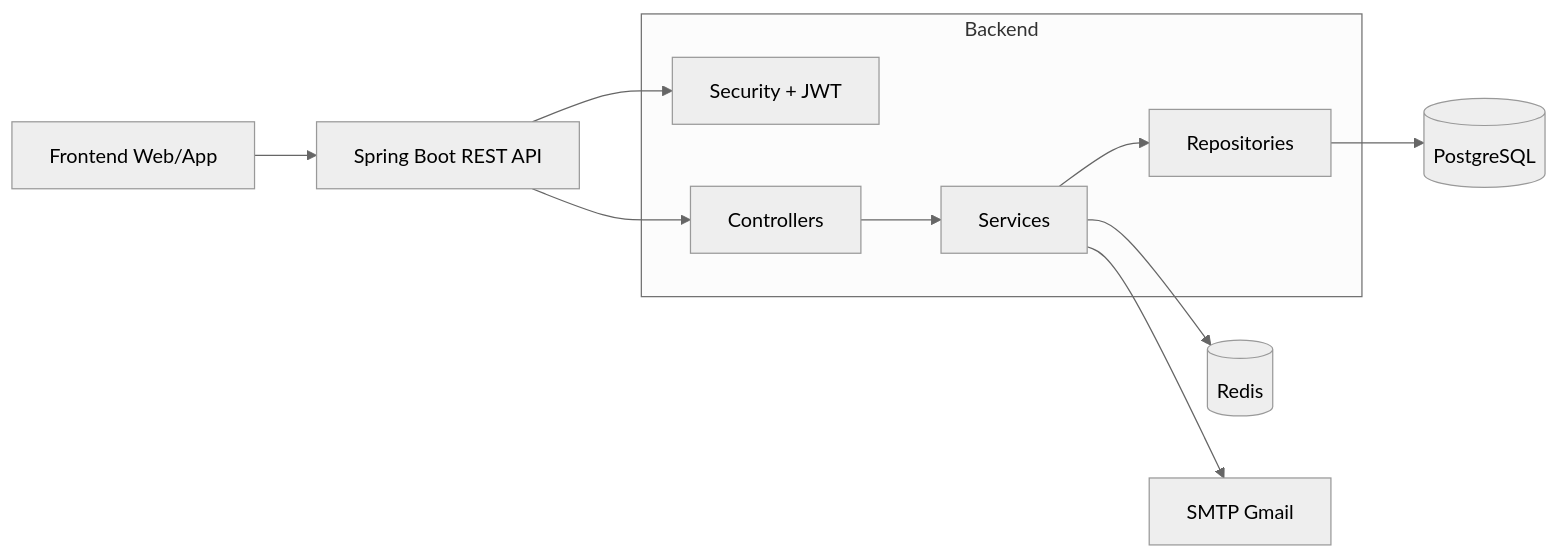
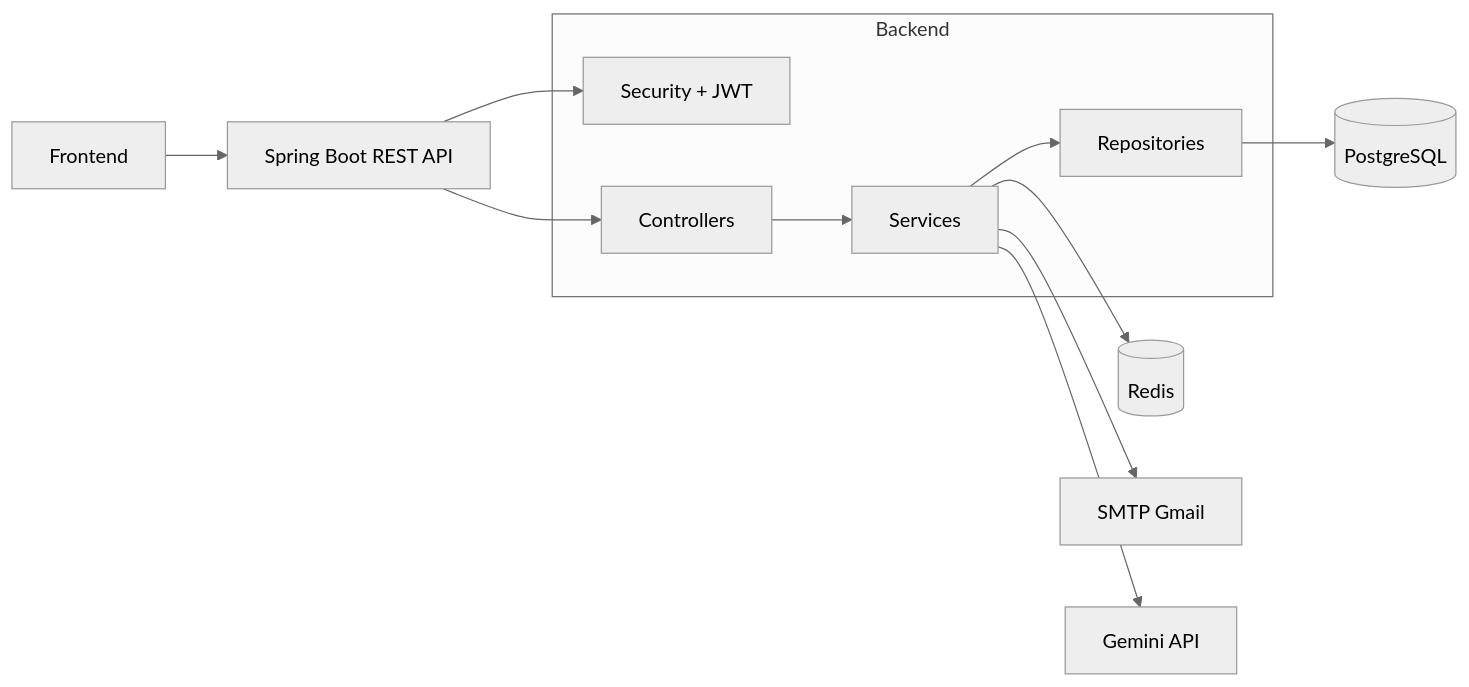
Before and after one commit to 22T1020552/khoaluantotnghiep1: the first of 2 diagrams in Backend/HE_THONG_PHONG_KHAM_TONG_HOP.md, drawn with Mermaid (neutral theme). The commit also changed other lines of this file and 2 other files, not shown here.

````diff
--- a/Backend/HE_THONG_PHONG_KHAM_TONG_HOP.md
+++ b/Backend/HE_THONG_PHONG_KHAM_TONG_HOP.md
@@ -46,19 +51,20 @@
 ```mermaid
 flowchart LR
-    FE[Frontend Web/App] --> API[Spring Boot REST API]
+    FE[Frontend] --> API[Spring Boot REST API]
 
     subgraph Backend
       SEC[Security + JWT]
       C[Controllers]
       S[Services]
       R[Repositories]
     end
 
     API --> SEC
     API --> C
     C --> S
     S --> R
     R --> PG[(PostgreSQL)]
     S --> REDIS[(Redis)]
     S --> SMTP[SMTP Gmail]
+    S --> GEMINI[Gemini API]
 ```
````
